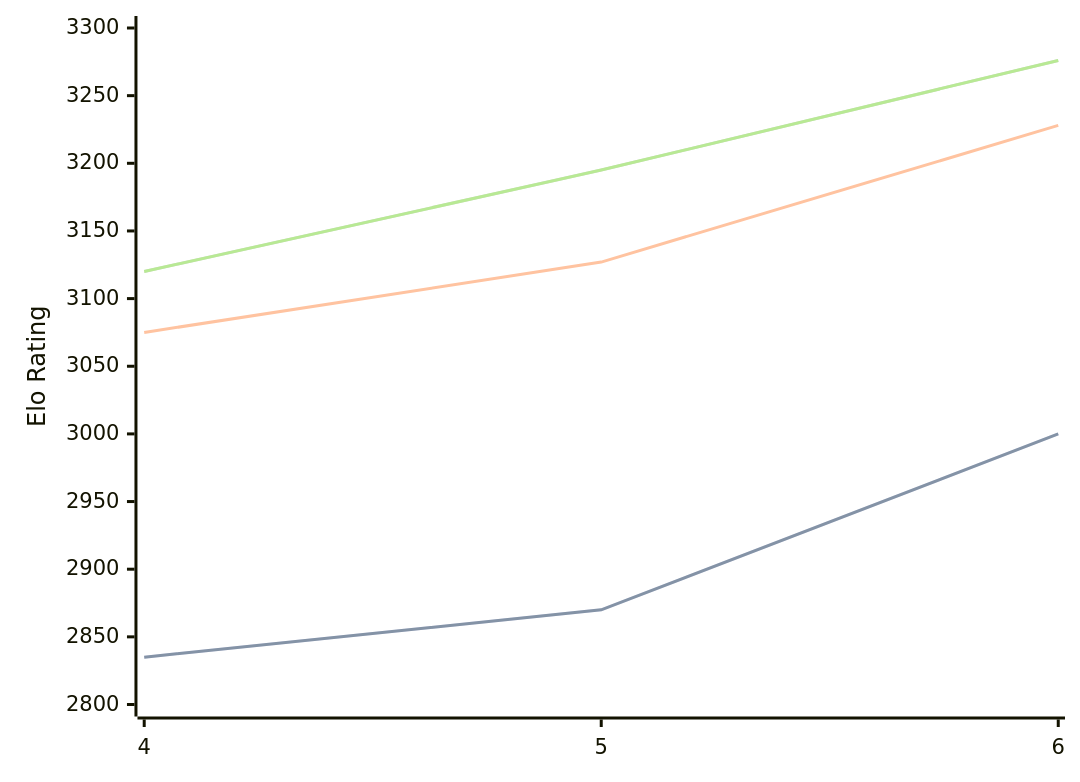
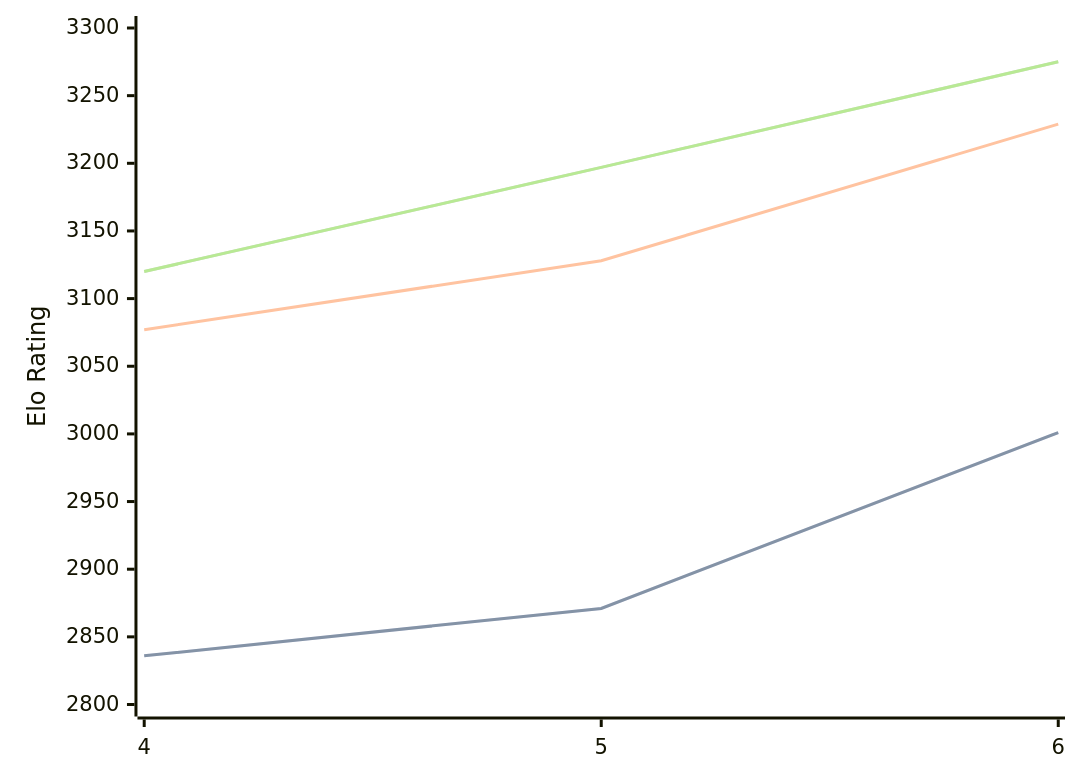
Before and after one commit to computer-chess-index/cci: the diagram in engines/Cwtch.md, drawn with Mermaid. The commit also changed other lines of this file, not shown here.

Commit message:
Update CCI Ratings (ELO VLTC) - 2026-08-15

````diff
--- a/engines/Cwtch.md
+++ b/engines/Cwtch.md
@@ -34,11 +34,11 @@
 ```mermaid
 %%{init: {"theme":"base","themeVariables":{"seriesColors:['#a3a3a3','#222221','#faa371']}}}%%
 xychart-beta
   x-axis ["4", "5", "6"]
   y-axis "Elo Rating" 2800 --> 3300
-  line "STC (8.0+0.08s)" [2835, 2870, 3000]
-  line "STC (8.0+0.08s)" [2835, 2870, 3000]
-  line "LTC (60.0+0.60s)" [3075, 3127, 3228]
-  line "VLTC (2m24s+1.12s)" [3120, 3195, 3276]
-  line "VLTC (2m24s+1.12s)" [3120, 3195, 3276]
+  line "STC (8.0+0.08s)" [2836, 2871, 3001]
+  line "STC (8.0+0.08s)" [2836, 2871, 3001]
+  line "LTC (60.0+0.60s)" [3077, 3128, 3229]
+  line "VLTC (2m24s+1.12s)" [3120, 3197, 3275]
+  line "VLTC (2m24s+1.12s)" [3120, 3197, 3275]
 ```
````
